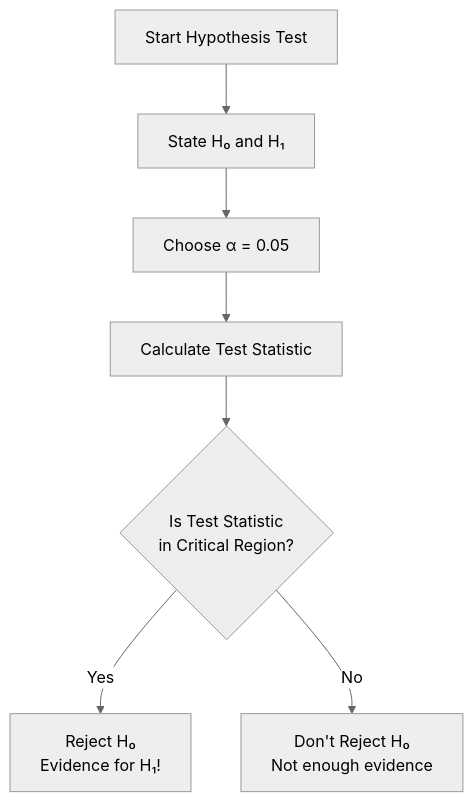
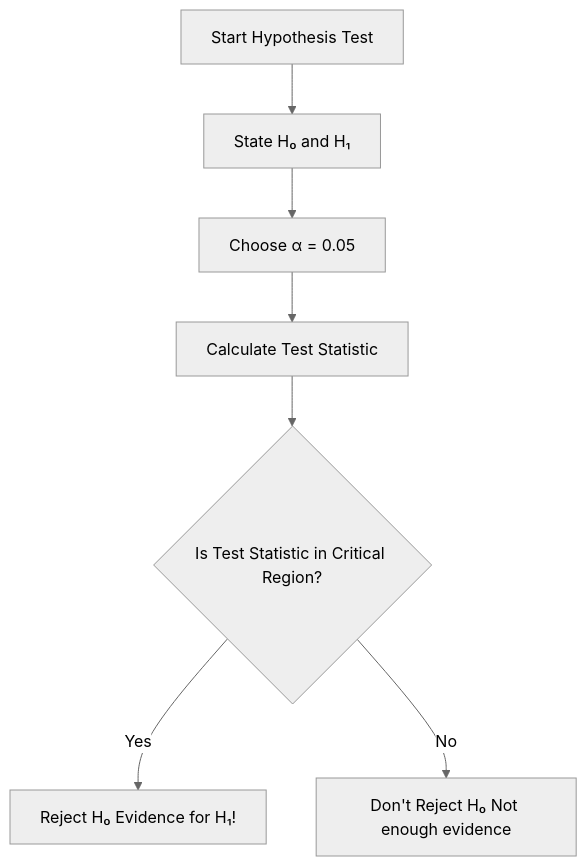
One commit to daxxac/mba-notes changed the fourth of 4 diagrams in docs/research-methods/lecture-06.md. Above: the diagram before and after it, drawn with Mermaid (neutral theme). The commit also changed other lines of this file and 4 other files, not shown here.

First line of the commit message:
Fix Mermaid diagram parsing errors: replace <br/> with spaces

````diff
--- a/docs/research-methods/lecture-06.md
+++ b/docs/research-methods/lecture-06.md
@@ -489,9 +489,9 @@
 ```mermaid
 graph TD
     A[Start Hypothesis Test] --> B[State H₀ and H₁]
     B --> C[Choose α = 0.05]
     C --> D[Calculate Test Statistic]
-    D --> E{Is Test Statistic<br/>in Critical Region?}
-    E -->|Yes| F[Reject H₀<br/>Evidence for H₁!]
-    E -->|No| G[Don't Reject H₀<br/>Not enough evidence]
+    D --> E{Is Test Statistic in Critical Region?}
+    E -->|Yes| F[Reject H₀ Evidence for H₁!]
+    E -->|No| G[Don't Reject H₀ Not enough evidence]
 ```
````
